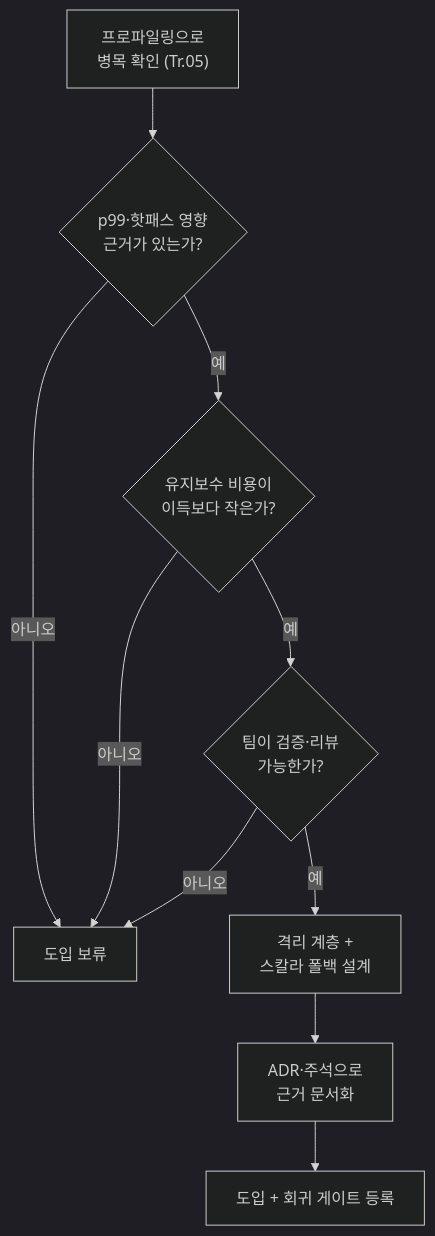
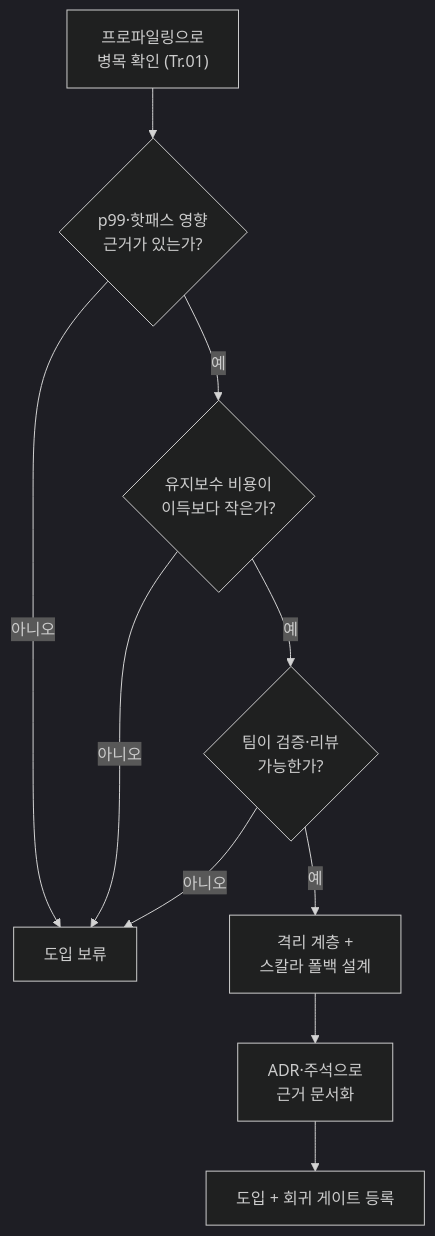
Before and after one commit to 42jerrykim/42jerrykim.github.io: the diagram in content/collection/optimization-08-optimization-techniques/11-maintainability-tradeoff/index.md, drawn with Mermaid (dark theme). The commit also changed other lines of this file and 661 other files, not shown here.

````diff
--- a/content/collection/optimization-08-optimization-techniques/11-maintainability-tradeoff/index.md
+++ b/content/collection/optimization-08-optimization-techniques/11-maintainability-tradeoff/index.md
@@ -199,12 +199,12 @@
 ```mermaid
 flowchart TD
-  measure["프로파일링으로</br>병목 확인 (Tr.05)"] --> evidence{"p99·핫패스 영향</br>근거가 있는가?"}
+  measure["프로파일링으로</br>병목 확인 (Tr.01)"] --> evidence{"p99·핫패스 영향</br>근거가 있는가?"}
   evidence -- "아니오" --> defer["도입 보류"]
   evidence -- "예" --> cost{"유지보수 비용이</br>이득보다 작은가?"}
   cost -- "아니오" --> defer
   cost -- "예" --> capability{"팀이 검증·리뷰</br>가능한가?"}
   capability -- "아니오" --> defer
   capability -- "예" --> isolate["격리 계층 +</br>스칼라 폴백 설계"]
   isolate --> document["ADR·주석으로</br>근거 문서화"]
   document --> adopt["도입 + 회귀 게이트 등록"]
 ```
````
